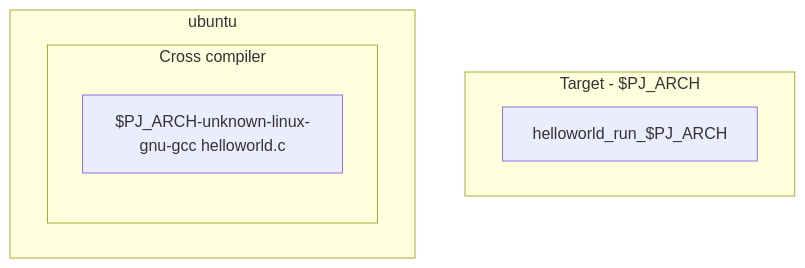
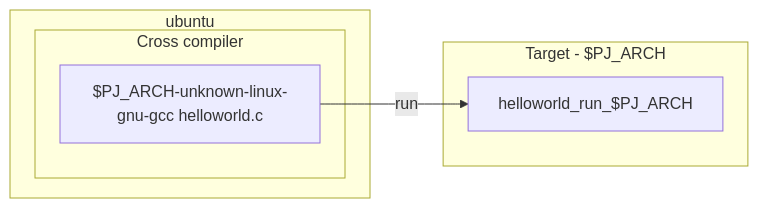
The seventh of 7 diagrams in README.md (lankahsu520/CrossCompilationX), drawn with Mermaid before and after one commit. The commit also changed other lines of this file, not shown here.

````diff
--- a/README.md
+++ b/README.md
@@ -251,13 +281,14 @@
 ```mermaid
-flowchart TB
+flowchart LR
 	subgraph Target[Target - $PJ_ARCH]
 		helloworld_run_$PJ_ARCH
 	end
 
 	subgraph Host[ubuntu]
 		subgraph Cross[Cross compiler]
 			gcc[$PJ_ARCH-unknown-linux-gnu-gcc helloworld.c]
 		end
 	end
 
+	gcc --> |run|helloworld_run_$PJ_ARCH
 ```
````
